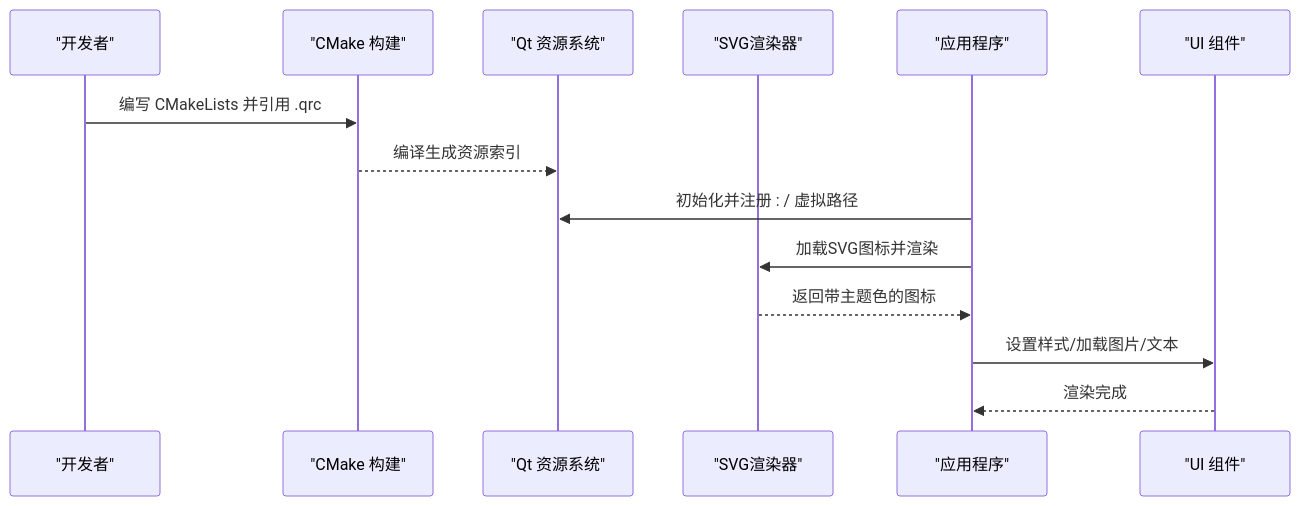
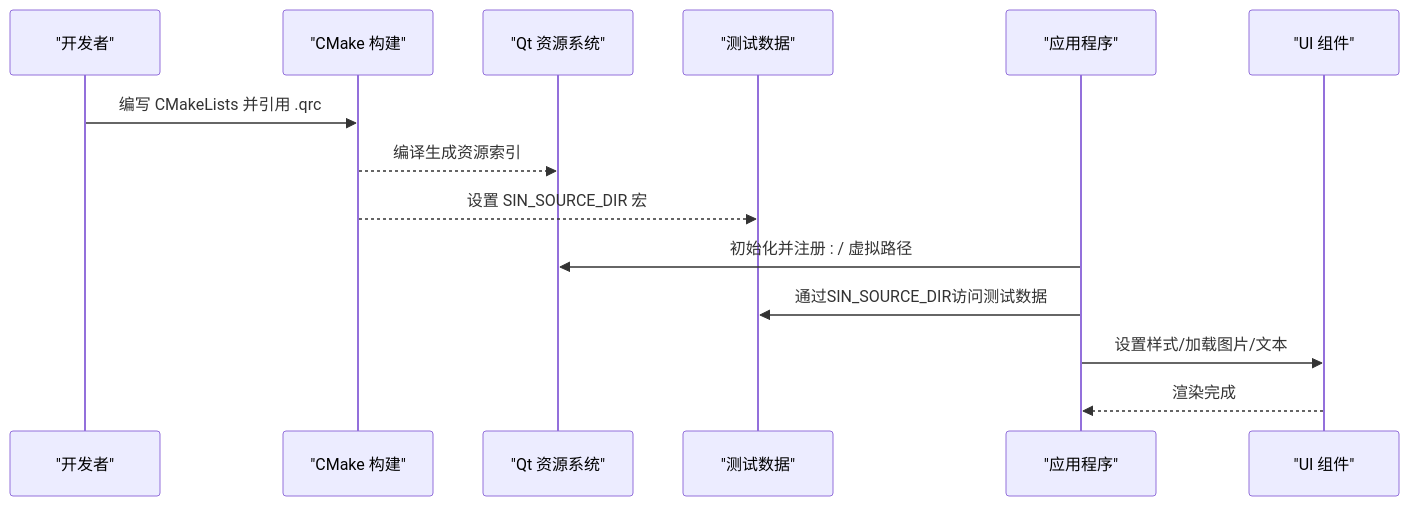
Before and after one commit to jakecai1225-design/OpenBus: the second of 11 diagrams in .qoder/repowiki/zh/content/资源管理.md, drawn with Mermaid. The commit also changed other lines of this file and 151 other files, not shown here.

````diff
--- a/.qoder/repowiki/zh/content/资源管理.md
+++ b/.qoder/repowiki/zh/content/资源管理.md
@@ -97,16 +101,16 @@
 ```mermaid
 sequenceDiagram
 participant Dev as "开发者"
 participant CMake as "CMake 构建"
 participant QtRC as "Qt 资源系统"
-participant SVG as "SVG渲染器"
+participant TestData as "测试数据"
 participant App as "应用程序"
 participant UI as "UI 组件"
 Dev->>CMake : 编写 CMakeLists 并引用 .qrc
 CMake-->>QtRC : 编译生成资源索引
+CMake-->>TestData : 设置 SIN_SOURCE_DIR 宏
 App->>QtRC : 初始化并注册 : / 虚拟路径
-App->>SVG : 加载SVG图标并渲染
-SVG-->>App : 返回带主题色的图标
+App->>TestData : 通过SIN_SOURCE_DIR访问测试数据
 App->>UI : 设置样式/加载图片/文本
 UI-->>App : 渲染完成
 ```
````
